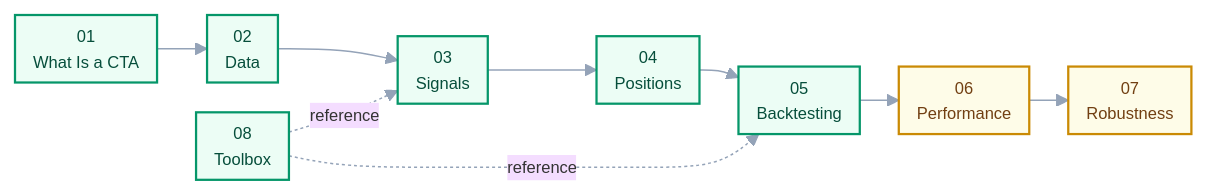
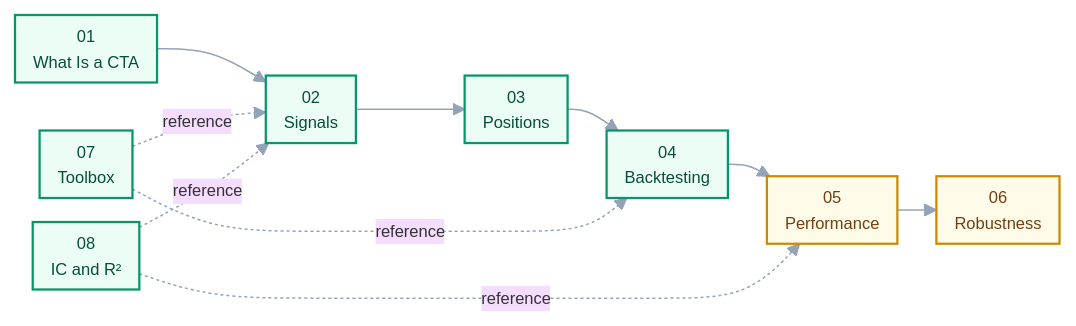
Before and after one commit to Harrybido2711/CTA_Strategy: the diagram in docs/00-index.md, drawn with Mermaid. The commit also changed other lines of this file and 5 other files, not shown here.

````diff
--- a/docs/00-index.md
+++ b/docs/00-index.md
@@ -9,21 +9,23 @@
 ```mermaid
 %%{init: {'theme':'base','themeVariables':{'fontSize':'11px','lineColor':'#94a3b8'},'flowchart':{'nodeSpacing':16,'rankSpacing':26,'padding':6}}}%%
 flowchart LR
     C01["01<br/>What Is a CTA"]
-    C02["02<br/>Data"]
-    C03["03<br/>Signals"]
-    C04["04<br/>Positions"]
-    C05["05<br/>Backtesting"]
-    C06["06<br/>Performance"]
-    C07["07<br/>Robustness"]
-    C08["08<br/>Toolbox"]
+    C02["02<br/>Signals"]
+    C03["03<br/>Positions"]
+    C04["04<br/>Backtesting"]
+    C05["05<br/>Performance"]
+    C06["06<br/>Robustness"]
+    C07["07<br/>Toolbox"]
+    C08["08<br/>IC and R²"]
 
-    C01 --> C02 --> C03 --> C04 --> C05 --> C06 --> C07
-    C08 -. reference .-> C03
+    C01 --> C02 --> C03 --> C04 --> C05 --> C06
+    C07 -. reference .-> C02
+    C07 -. reference .-> C04
+    C08 -. reference .-> C02
     C08 -. reference .-> C05
 
     classDef done fill:#ecfdf5,stroke:#059669,color:#064e3b,stroke-width:1.5px;
     classDef part fill:#fefce8,stroke:#ca8a04,color:#713f12,stroke-width:1.5px;
-    class C01,C02,C03,C04,C05,C08 done;
-    class C06,C07 part;
+    class C01,C02,C03,C04,C07,C08 done;
+    class C05,C06 part;
 ```
````
